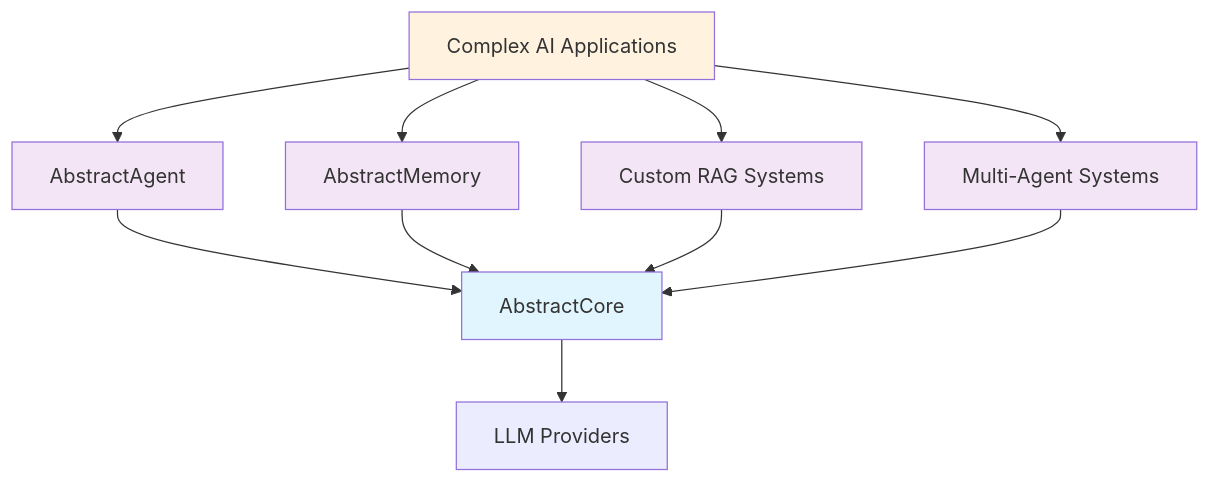
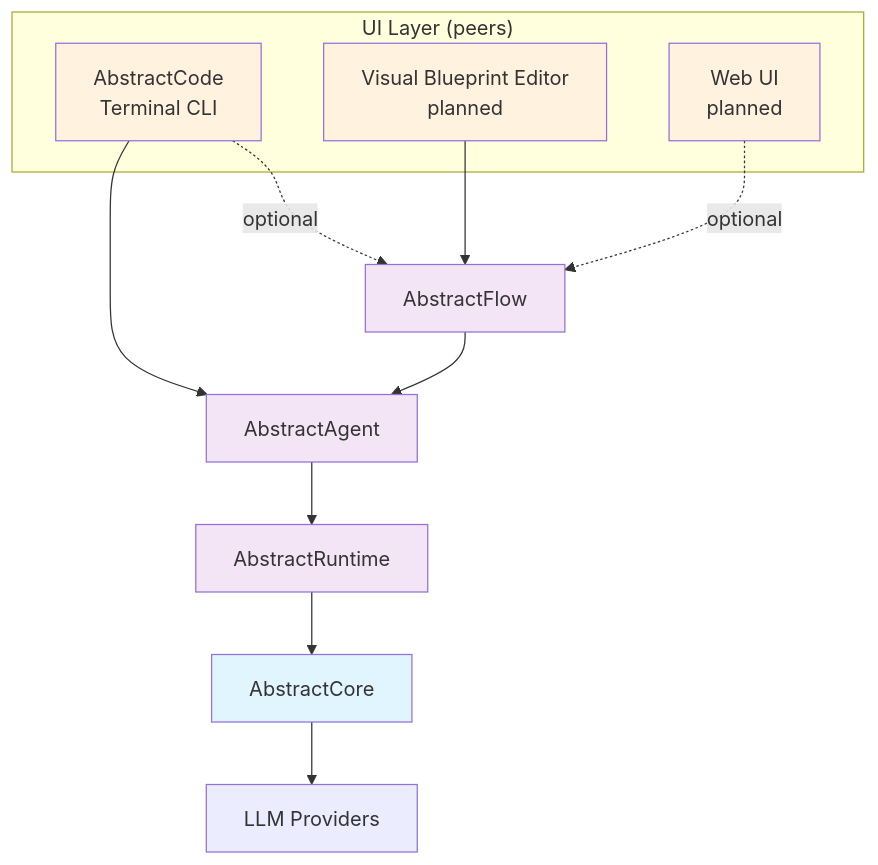
Diagram 15 of 15 in docs/architecture.md (lpalbou/AbstractCore), drawn with Mermaid before and after one commit. The commit also changed other lines of this file, not shown here.

Commit message:
Refactor architecture documentation: Update future architecture section to integrate with Abstract Framework and clarify framework layers

````diff
--- a/docs/architecture.md
+++ b/docs/architecture.md
@@ -816,21 +816,26 @@
 ```mermaid
 graph TD
-    A[Complex AI Applications] --> B[AbstractAgent]
-    A --> C[AbstractMemory]
-    A --> D[Custom RAG Systems]
-    A --> E[Multi-Agent Systems]
+    subgraph "UI Layer (peers)"
+        A[AbstractCode<br/>Terminal CLI]
+        B[Visual Blueprint Editor<br/>planned]
+        C2[Web UI<br/>planned]
+    end
 
-    B --> F[AbstractCore]
-    C --> F
-    D --> F
-    E --> F
+    A -.->|optional| F[AbstractFlow]
+    B --> F
+    C2 -.->|optional| F
 
-    F --> G[LLM Providers]
+    F --> C[AbstractAgent]
+    A --> C
+    C --> D[AbstractRuntime]
+    D --> E[AbstractCore]
+    E --> G[LLM Providers]
 
-    style F fill:#e1f5fe
+    style E fill:#e1f5fe
     style A fill:#fff3e0
-    style B fill:#f3e5f5
+    style B fill:#fff3e0
+    style C2 fill:#fff3e0
+    style F fill:#f3e5f5
     style C fill:#f3e5f5
     style D fill:#f3e5f5
-    style E fill:#f3e5f5
 ```
````
